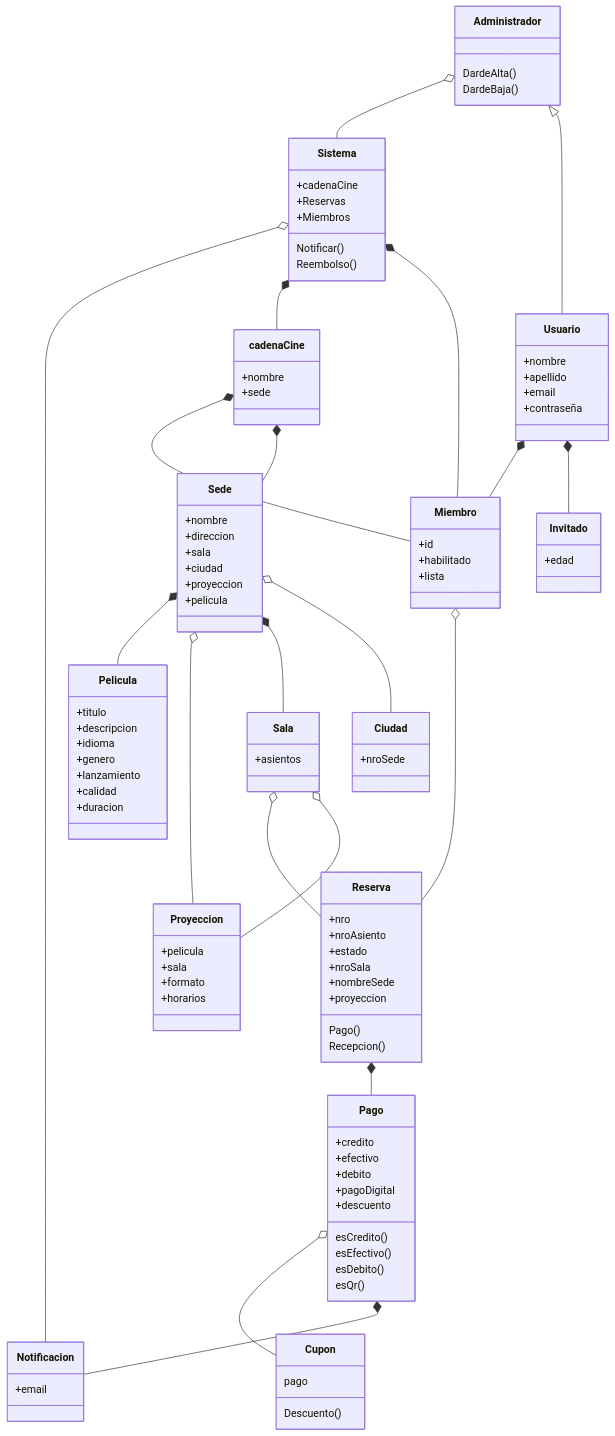
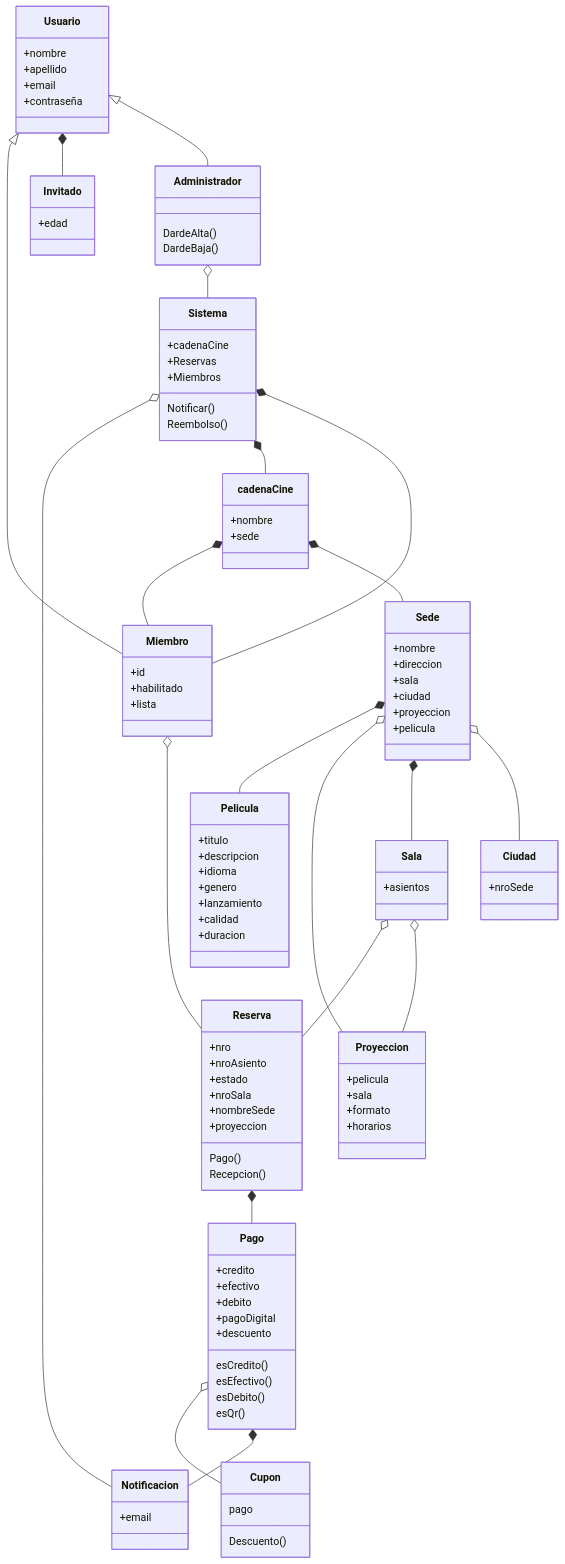
Before and after one commit to quirogapabon11/Cine: the diagram in doc/diagrama.mmd, drawn with Mermaid. The commit also changed 17 other files, not shown here.

```diff
--- a/doc/diagrama.mmd
+++ b/doc/diagrama.mmd
@@ -1,121 +1,121 @@
 classDiagram
 
 class Miembro
 Miembro: +id
 Miembro: +habilitado
 Miembro: +lista  
 
 Miembro o-- Reserva
 Reserva *-- Pago
 
 class Usuario
 Usuario: +nombre
 Usuario: +apellido
 Usuario: +email
 Usuario: +contraseña
-Usuario *-- Miembro
+Usuario <|-- Miembro
 Usuario *-- Invitado
 
 class Invitado
 Invitado: +edad
 
 class cadenaCine
 cadenaCine: +nombre
 cadenaCine: +sede
 
 Sede *-- Pelicula
 cadenaCine *-- Miembro
 
 class Sede
 Sede: +nombre
 Sede: +direccion
 Sede: +sala
 Sede: +ciudad
 Sede: +proyeccion
 Sede: +pelicula
 cadenaCine *-- Sede
 
 
 class Ciudad
 Ciudad: +nroSede
 
 class Pelicula 
 Pelicula: +titulo
 Pelicula: +descripcion
 Pelicula: +idioma
 Pelicula: +genero
 Pelicula: +lanzamiento
 Pelicula: +calidad
 Pelicula: +duracion
 
 
 
 Sede o-- Proyeccion
 
 Sede *-- Sala
 
 Sala o-- Reserva
 Sala o-- Proyeccion
 Sede o-- Ciudad
 
 class Proyeccion
 Proyeccion: +pelicula
 Proyeccion: +sala
 Proyeccion: +formato
 Proyeccion: +horarios
 
 class Sala
 Sala: +asientos
 
 
 
 
 class Reserva
 Reserva: +nro
 Reserva: +nroAsiento
 Reserva: +estado
 Reserva: +nroSala
 Reserva: +nombreSede
 Reserva: +proyeccion
 Reserva: Pago()
 Reserva: Recepcion()
 
 class Sistema
 Sistema: Notificar()
 Sistema: +cadenaCine
 Sistema: +Reservas
 Sistema: +Miembros
 Sistema: Reembolso()
 
 Sistema o-- Notificacion
 Sistema *-- cadenaCine
 Sistema *-- Miembro
 
 class Pago
 Pago: +credito
 Pago: +efectivo
 Pago: +debito
 Pago: +pagoDigital
 Pago: +descuento
 Pago: esCredito() 
 Pago: esEfectivo()
 Pago: esDebito()
 Pago: esQr()
 
 
 class Cupon
 Cupon: Descuento()
 Cupon: pago
 Pago o-- Cupon
 
 
 Pago *-- Notificacion
 
 class Notificacion
 Notificacion: +email
 
 class Administrador
 Administrador: DardeAlta()
 Administrador: DardeBaja()
 Administrador o-- Sistema
-Administrador <|-- Usuario
+Usuario <|-- Administrador 
```
